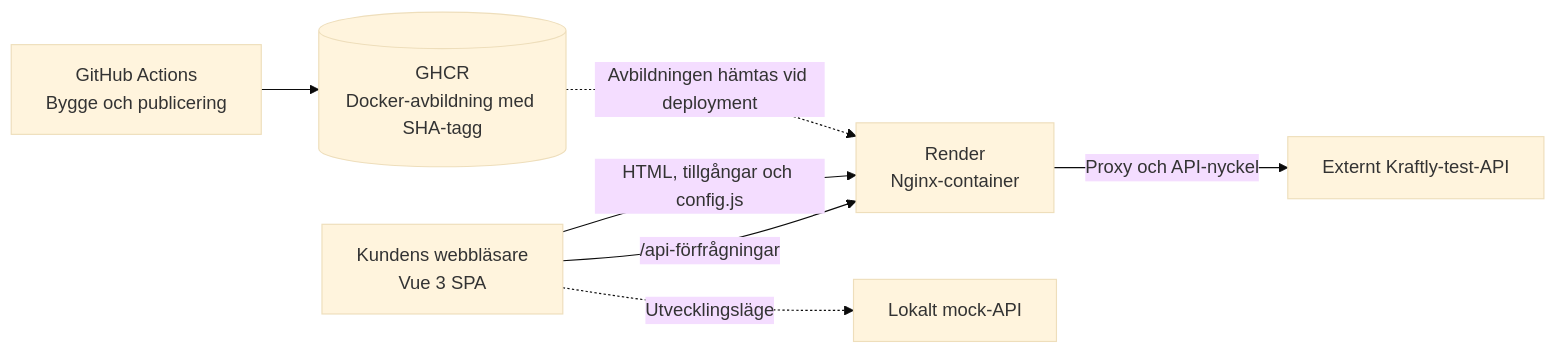
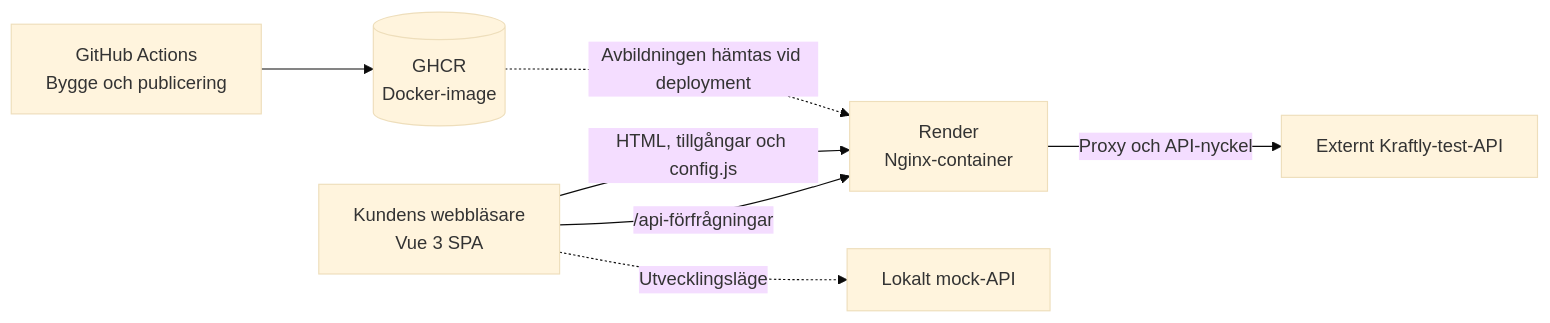
The diagram in README.md (suzan-al-majdalawi/kraftly-suzan-team), drawn with Mermaid (base theme) before and after one commit. The commit also changed other lines of this file and 28 other files, not shown here.

````diff
--- a/README.md
+++ b/README.md
@@ -156,16 +179,16 @@
 ```mermaid
 flowchart LR
     Browser["Kundens webbläsare<br/>Vue 3 SPA"]
     GitHub["GitHub Actions<br/>Bygge och publicering"]
-    GHCR[("GHCR<br/>Docker-avbildning med SHA-tagg")]
+    GHCR[("GHCR<br/>Docker-image")]
     Render["Render<br/>Nginx-container"]
     API["Externt Kraftly-test-API"]
     Mock["Lokalt mock-API"]
 
     GitHub --> GHCR
     GHCR -.->|"Avbildningen hämtas vid deployment"| Render
     Browser -->|"HTML, tillgångar och config.js"| Render
     Browser -->|"/api-förfrågningar"| Render
     Render -->|"Proxy och API-nyckel"| API
     Browser -.->|"Utvecklingsläge"| Mock
 ```
````
